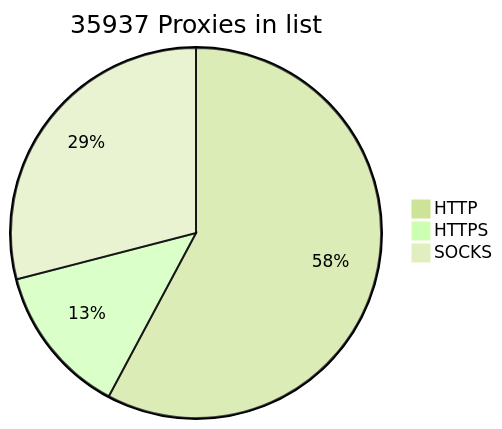
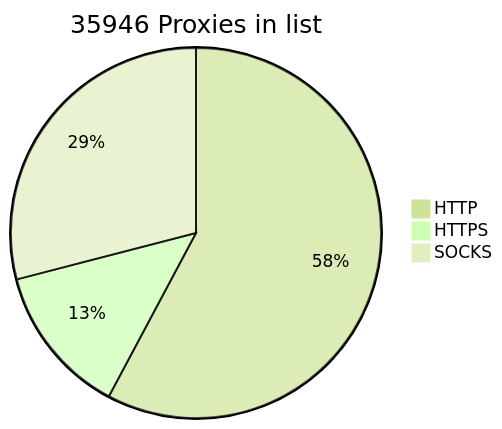
The diagram in README.md (BlackSnowDot/proxylist-update-every-minute), drawn with Mermaid (forest theme) before and after one commit. The commit also changed other lines of this file, not shown here.

````diff
--- a/README.md
+++ b/README.md
@@ -2,6 +2,6 @@
 ```mermaid
-pie title 35937 Proxies in list
-    "HTTP" : 23074
+pie title 35946 Proxies in list
+    "HTTP" : 23079
     "HTTPS": 5258
-    "SOCKS" : 11585
+    "SOCKS" : 11594
 ```
````
